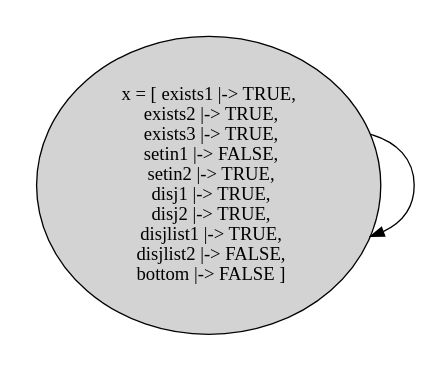
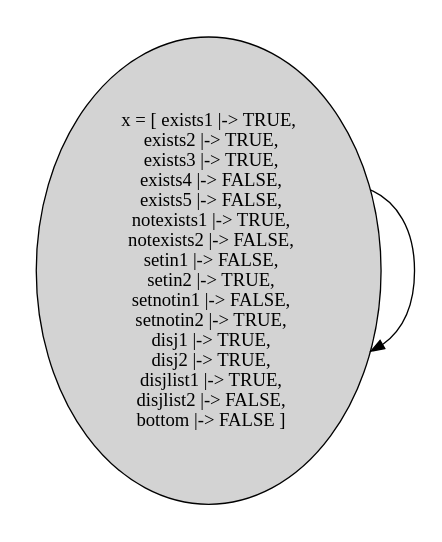
Before and after one commit to will62794/tla-web: the diagram in specs/with_state_graphs/simple_disjunction_constant.tla.dot, drawn with Graphviz. The commit also changed 6 other files, not shown here.

```diff
--- a/specs/with_state_graphs/simple_disjunction_constant.tla.dot
+++ b/specs/with_state_graphs/simple_disjunction_constant.tla.dot
@@ -1,9 +1,9 @@
 strict digraph DiskGraph {
 nodesep=0.35;
 subgraph cluster_graph {
 color="white";
--8778218552278895206 [label="x = [ exists1 |-> TRUE,\n  exists2 |-> TRUE,\n  exists3 |-> TRUE,\n  setin1 |-> FALSE,\n  setin2 |-> TRUE,\n  disj1 |-> TRUE,\n  disj2 |-> TRUE,\n  disjlist1 |-> TRUE,\n  disjlist2 |-> FALSE,\n  bottom |-> FALSE ]",style = filled]
--8778218552278895206 -> -8778218552278895206 [label="",color="black",fontcolor="black"];
-{rank = same; -8778218552278895206;}
+-1024821027776307207 [label="x = [ exists1 |-> TRUE,\n  exists2 |-> TRUE,\n  exists3 |-> TRUE,\n  exists4 |-> FALSE,\n  exists5 |-> FALSE,\n  notexists1 |-> TRUE,\n  notexists2 |-> FALSE,\n  setin1 |-> FALSE,\n  setin2 |-> TRUE,\n  setnotin1 |-> FALSE,\n  setnotin2 |-> TRUE,\n  disj1 |-> TRUE,\n  disj2 |-> TRUE,\n  disjlist1 |-> TRUE,\n  disjlist2 |-> FALSE,\n  bottom |-> FALSE ]",style = filled]
+-1024821027776307207 -> -1024821027776307207 [label="",color="black",fontcolor="black"];
+{rank = same; -1024821027776307207;}
 }
 }
```
